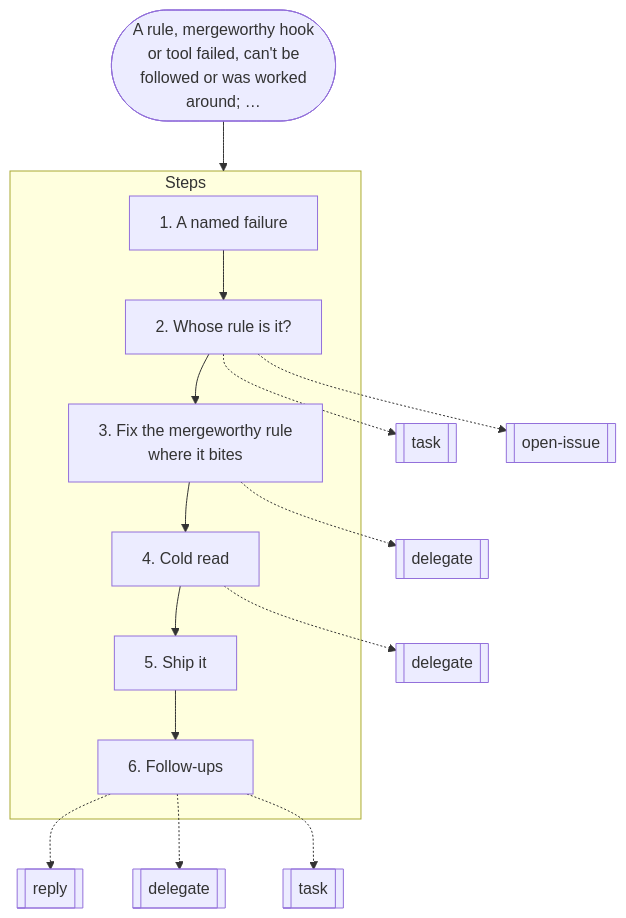
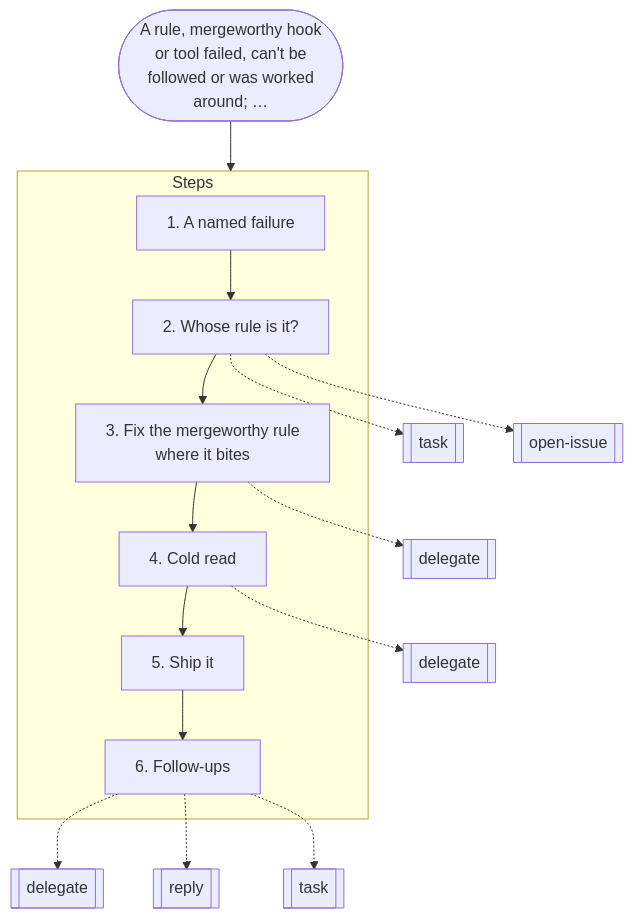
One commit to nitedani/mergeworthy changed the ninth of 19 diagrams in docs/graphs.md. Above: the diagram before and after it, drawn with Mermaid. The commit also changed other lines of this file and 25 other files, not shown here.

````diff
--- a/docs/graphs.md
+++ b/docs/graphs.md
@@ -238,25 +238,25 @@
 ```mermaid
 flowchart TB
   start(["A rule, mergeworthy hook<br/>or tool failed, can't be<br/>followed or was worked<br/>around; …"])
   subgraph g0["Steps"]
     s0["1. A named failure"]
     s1["2. Whose rule is it?"]
     s0 --> s1
     s2["3. Fix the mergeworthy rule<br/>where it bites"]
     s1 --> s2
     s3["4. Cold read"]
     s2 --> s3
     s4["5. Ship it"]
     s3 --> s4
     s5["6. Follow-ups"]
     s4 --> s5
   end
   s1 -.-> r1[["task"]]
   s1 -.-> r2[["open-issue"]]
   s2 -.-> r3[["delegate"]]
   s3 -.-> r4[["delegate"]]
-  s5 -.-> r5[["reply"]]
-  s5 -.-> r6[["delegate"]]
+  s5 -.-> r5[["delegate"]]
+  s5 -.-> r6[["reply"]]
   s5 -.-> r7[["task"]]
   start --> g0
 ```
````
